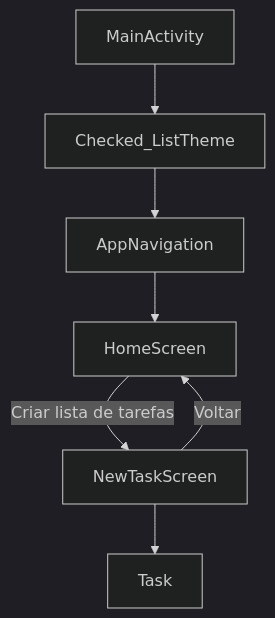
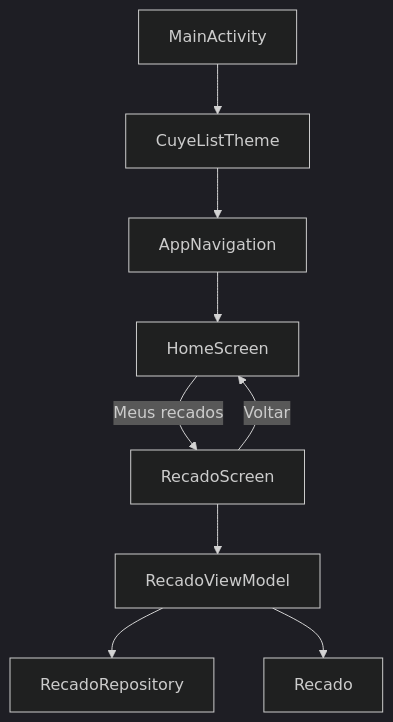
The diagram in README.md (luizfrz/Cuye_List), drawn with Mermaid (dark theme) before and after one commit. The commit also changed other lines of this file and 21 other files, not shown here.

Commit message:
refactor: remove unused screens and main activity

````diff
--- a/README.md
+++ b/README.md
@@ -48,9 +51,11 @@
 ```mermaid
 flowchart TD
-    A[MainActivity] --> B[Checked_ListTheme]
+    A[MainActivity] --> B[CuyeListTheme]
     B --> C[AppNavigation]
     C --> D[HomeScreen]
-    D -->|Criar lista de tarefas| E[NewTaskScreen]
+    D -->|Meus recados| E[RecadoScreen]
     E -->|Voltar| D
-    E --> F[Task]
+    E --> F[RecadoViewModel]
+    F --> G[RecadoRepository]
+    F --> H[Recado]
 ```
````
